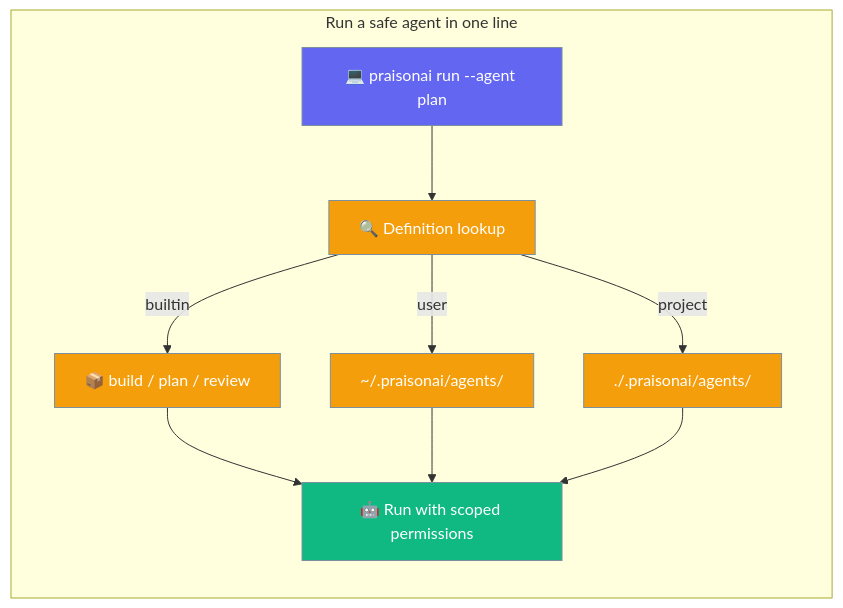
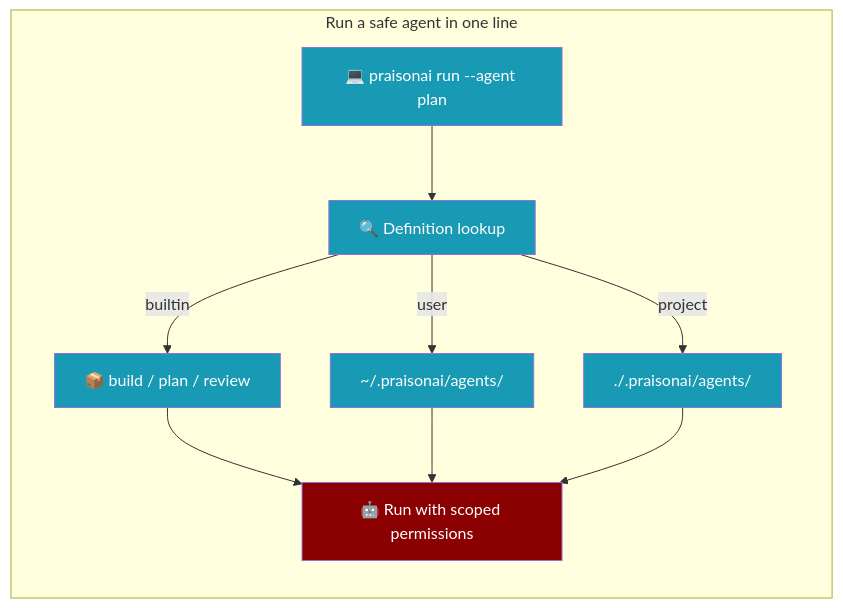
One commit to MervinPraison/PraisonAIDocs changed the first of 3 diagrams in docs/features/agent-presets-and-modes.mdx. Above: the diagram before and after it, drawn with Mermaid. The commit also changed 24 other files, not shown here.

````diff
--- a/docs/features/agent-presets-and-modes.mdx
+++ b/docs/features/agent-presets-and-modes.mdx
@@ -10,20 +10,18 @@
 ```mermaid
 graph LR
     subgraph "Run a safe agent in one line"
         Cmd[💻 praisonai run --agent plan] --> Lookup[🔍 Definition lookup]
         Lookup -->|builtin| BP[📦 build / plan / review]
         Lookup -->|user| UD[~/.praisonai/agents/]
         Lookup -->|project| PD[./.praisonai/agents/]
         BP --> Run[🤖 Run with scoped permissions]
         UD --> Run
         PD --> Run
     end
 
-    classDef input fill:#6366F1,stroke:#7C90A0,color:#fff
-    classDef process fill:#F59E0B,stroke:#7C90A0,color:#fff
-    classDef output fill:#10B981,stroke:#7C90A0,color:#fff
+    classDef agent fill:#8B0000,color:#fff
+    classDef tool fill:#189AB4,color:#fff
 
-    class Cmd input
-    class Lookup,BP,UD,PD process
-    class Run output
+    class Run agent
+    class Cmd,Lookup,BP,UD,PD tool
 ```
````
